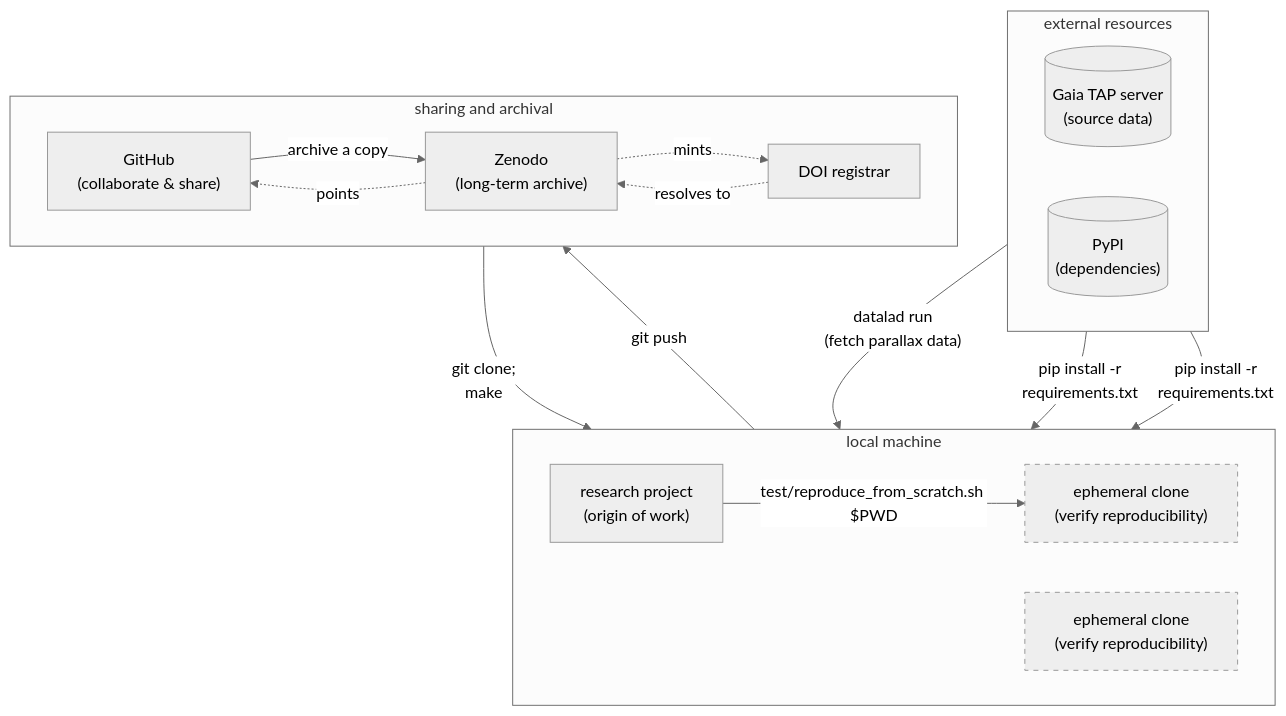
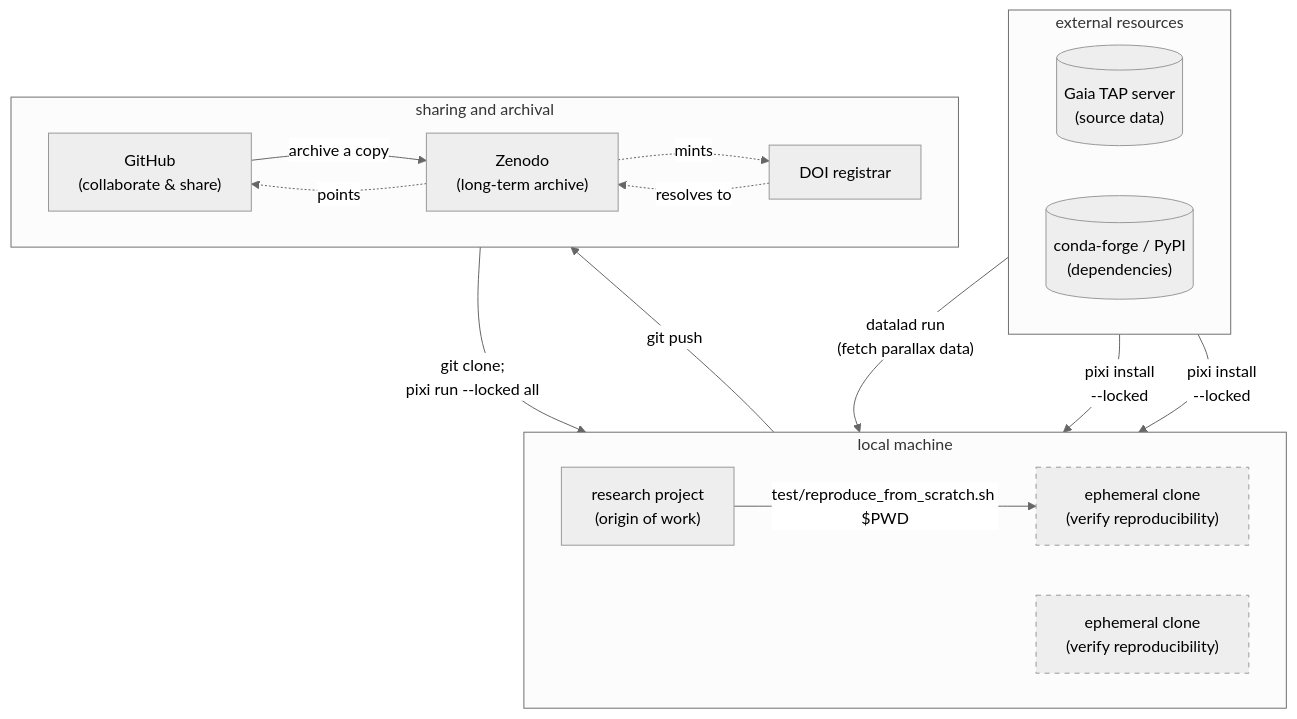
One commit to stamped-principles/stamped-examples changed the diagram in content/examples/pixi-stellar-distance-walkthrough.md. Above: the diagram before and after it, drawn with Mermaid (neutral theme). The commit also changed other lines of this file and 1 other file, not shown here.

```diff
--- a/content/examples/pixi-stellar-distance-walkthrough.md
+++ b/content/examples/pixi-stellar-distance-walkthrough.md
@@ -875,32 +887,32 @@
 {{< mermaid >}}
 graph TD
     subgraph external resources
         direction LR
         TAP[("Gaia TAP server<br/>(source data)")]
-        PyPI[("PyPI<br/>(dependencies)")]
+        Packages[("conda-forge / PyPI<br/>(dependencies)")]
     end
     subgraph local machine
         direction LR
         P["research project<br/>(origin of work)"]
         E["ephemeral clone<br/>(verify reproducibility)"]
         style E stroke-dasharray: 5 5
         E2["ephemeral clone<br/>(verify reproducibility)"]
         style E2 stroke-dasharray: 5 5
         P -- "test/reproduce_from_scratch.sh $PWD" --> E
     end
     subgraph sharing and archival
         direction LR
         G["GitHub<br/>(collaborate & share)"]
         Z["Zenodo<br/>(long-term archive)"]
         D["DOI registrar"]
         G -- "archive a copy" --> Z
         Z -. "points" .-> G
         Z -. "mints" .-> D
     end
     TAP -- "datalad run<br/>(fetch parallax data)" --> P
-    PyPI -- "pip install -r<br/>requirements.txt" --> E
-    PyPI -- "pip install -r<br/>requirements.txt" --> E2
+    Packages -- "pixi install<br/>--locked" --> E
+    Packages -- "pixi install<br/>--locked" --> E2
     P -- "git push" --> G
     D -. "resolves to" .-> Z
-    G -- "git clone;<br/>make" --> E2
+    G -- "git clone;<br/>pixi run --locked all" --> E2
 {{< /mermaid >}}
```
